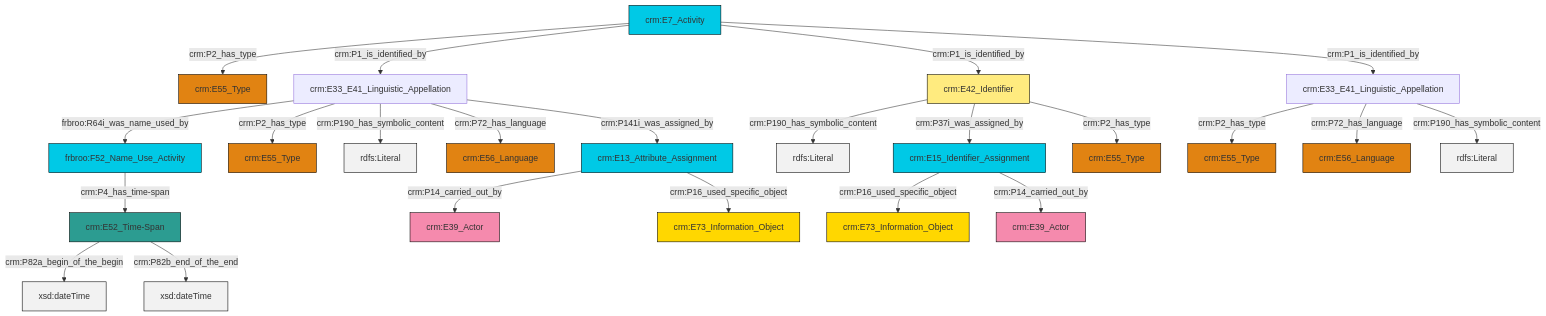
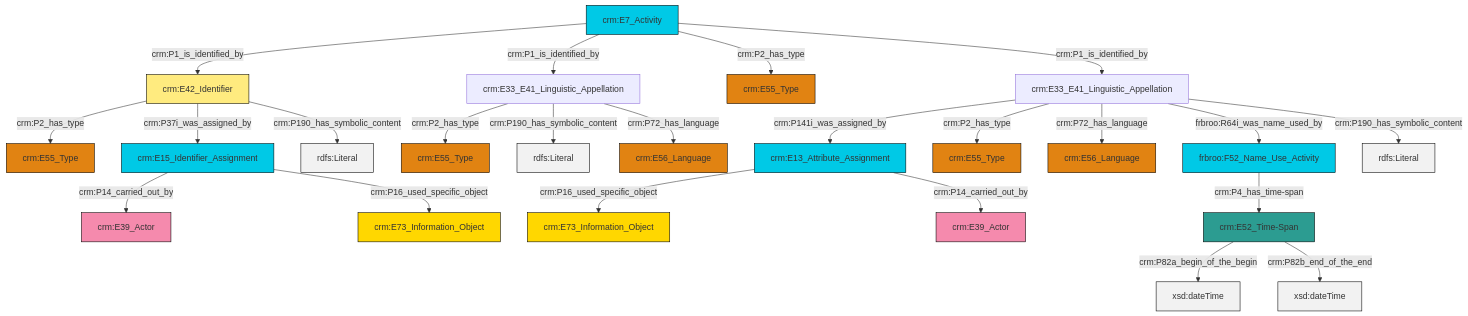
The diagram in et/eventCSV/ttl/mmd/event_name.ttl.mmd (swiss-art-research-net/reference-data-models), drawn with Mermaid before and after one commit. The commit also changed 148 other files, not shown here.

```diff
--- a/et/eventCSV/ttl/mmd/event_name.ttl.mmd
+++ b/et/eventCSV/ttl/mmd/event_name.ttl.mmd
@@ -1,37 +1,37 @@
 graph TD
 classDef Literal fill:#f2f2f2,stroke:#000000;
 classDef CRM_Entity fill:#FFFFFF,stroke:#000000;
 classDef Temporal_Entity fill:#00C9E6, stroke:#000000;
 classDef Type fill:#E18312, stroke:#000000;
 classDef Time-Span fill:#2C9C91, stroke:#000000;
 classDef Appellation fill:#FFEB7F, stroke:#000000;
 classDef Place fill:#008836, stroke:#000000;
 classDef Persistent_Item fill:#B266B2, stroke:#000000;
 classDef Conceptual_Object fill:#FFD700, stroke:#000000;
 classDef Physical_Thing fill:#D2B48C, stroke:#000000;
 classDef Actor fill:#f58aad, stroke:#000000;
 classDef PC_Classes fill:#4ce600, stroke:#000000;
 classDef Multi fill:#cccccc,stroke:#000000;
 
-0["crm:E7_Activity"]:::Temporal_Entity -->|crm:P2_has_type| 1["crm:E55_Type"]:::Type
-2["crm:E33_E41_Linguistic_Appellation"]:::Default -->|frbroo:R64i_was_name_used_by| 3["frbroo:F52_Name_Use_Activity"]:::Temporal_Entity
-2["crm:E33_E41_Linguistic_Appellation"]:::Default -->|crm:P2_has_type| 4["crm:E55_Type"]:::Type
-5["crm:E13_Attribute_Assignment"]:::Temporal_Entity -->|crm:P14_carried_out_by| 7["crm:E39_Actor"]:::Actor
-0["crm:E7_Activity"]:::Temporal_Entity -->|crm:P1_is_identified_by| 2["crm:E33_E41_Linguistic_Appellation"]:::Default
-8["crm:E15_Identifier_Assignment"]:::Temporal_Entity -->|crm:P16_used_specific_object| 9["crm:E73_Information_Object"]:::Conceptual_Object
-2["crm:E33_E41_Linguistic_Appellation"]:::Default -->|crm:P190_has_symbolic_content| 10[rdfs:Literal]:::Literal
-11["crm:E42_Identifier"]:::Appellation -->|crm:P190_has_symbolic_content| 12[rdfs:Literal]:::Literal
-11["crm:E42_Identifier"]:::Appellation -->|crm:P37i_was_assigned_by| 8["crm:E15_Identifier_Assignment"]:::Temporal_Entity
-11["crm:E42_Identifier"]:::Appellation -->|crm:P2_has_type| 17["crm:E55_Type"]:::Type
-0["crm:E7_Activity"]:::Temporal_Entity -->|crm:P1_is_identified_by| 11["crm:E42_Identifier"]:::Appellation
-24["crm:E33_E41_Linguistic_Appellation"]:::Default -->|crm:P2_has_type| 25["crm:E55_Type"]:::Type
-8["crm:E15_Identifier_Assignment"]:::Temporal_Entity -->|crm:P14_carried_out_by| 15["crm:E39_Actor"]:::Actor
-5["crm:E13_Attribute_Assignment"]:::Temporal_Entity -->|crm:P16_used_specific_object| 18["crm:E73_Information_Object"]:::Conceptual_Object
-24["crm:E33_E41_Linguistic_Appellation"]:::Default -->|crm:P72_has_language| 28["crm:E56_Language"]:::Type
-31["crm:E52_Time-Span"]:::Time-Span -->|crm:P82a_begin_of_the_begin| 34[xsd:dateTime]:::Literal
-3["frbroo:F52_Name_Use_Activity"]:::Temporal_Entity -->|crm:P4_has_time-span| 31["crm:E52_Time-Span"]:::Time-Span
-2["crm:E33_E41_Linguistic_Appellation"]:::Default -->|crm:P72_has_language| 21["crm:E56_Language"]:::Type
-24["crm:E33_E41_Linguistic_Appellation"]:::Default -->|crm:P190_has_symbolic_content| 35[rdfs:Literal]:::Literal
-0["crm:E7_Activity"]:::Temporal_Entity -->|crm:P1_is_identified_by| 24["crm:E33_E41_Linguistic_Appellation"]:::Default
-31["crm:E52_Time-Span"]:::Time-Span -->|crm:P82b_end_of_the_end| 41[xsd:dateTime]:::Literal
-2["crm:E33_E41_Linguistic_Appellation"]:::Default -->|crm:P141i_was_assigned_by| 5["crm:E13_Attribute_Assignment"]:::Temporal_Entity
+8["crm:E7_Activity"]:::Temporal_Entity -->|crm:P1_is_identified_by| 9["crm:E42_Identifier"]:::Appellation
+10["crm:E33_E41_Linguistic_Appellation"]:::Default -->|crm:P141i_was_assigned_by| 11["crm:E13_Attribute_Assignment"]:::Temporal_Entity
+11["crm:E13_Attribute_Assignment"]:::Temporal_Entity -->|crm:P16_used_specific_object| 12["crm:E73_Information_Object"]:::Conceptual_Object
+14["crm:E15_Identifier_Assignment"]:::Temporal_Entity -->|crm:P14_carried_out_by| 15["crm:E39_Actor"]:::Actor
+10["crm:E33_E41_Linguistic_Appellation"]:::Default -->|crm:P2_has_type| 6["crm:E55_Type"]:::Type
+9["crm:E42_Identifier"]:::Appellation -->|crm:P2_has_type| 2["crm:E55_Type"]:::Type
+16["crm:E33_E41_Linguistic_Appellation"]:::Default -->|crm:P2_has_type| 17["crm:E55_Type"]:::Type
+10["crm:E33_E41_Linguistic_Appellation"]:::Default -->|crm:P72_has_language| 4["crm:E56_Language"]:::Type
+8["crm:E7_Activity"]:::Temporal_Entity -->|crm:P1_is_identified_by| 16["crm:E33_E41_Linguistic_Appellation"]:::Default
+8["crm:E7_Activity"]:::Temporal_Entity -->|crm:P2_has_type| 19["crm:E55_Type"]:::Type
+14["crm:E15_Identifier_Assignment"]:::Temporal_Entity -->|crm:P16_used_specific_object| 20["crm:E73_Information_Object"]:::Conceptual_Object
+21["crm:E52_Time-Span"]:::Time-Span -->|crm:P82a_begin_of_the_begin| 22[xsd:dateTime]:::Literal
+9["crm:E42_Identifier"]:::Appellation -->|crm:P37i_was_assigned_by| 14["crm:E15_Identifier_Assignment"]:::Temporal_Entity
+10["crm:E33_E41_Linguistic_Appellation"]:::Default -->|frbroo:R64i_was_name_used_by| 26["frbroo:F52_Name_Use_Activity"]:::Temporal_Entity
+8["crm:E7_Activity"]:::Temporal_Entity -->|crm:P1_is_identified_by| 10["crm:E33_E41_Linguistic_Appellation"]:::Default
+9["crm:E42_Identifier"]:::Appellation -->|crm:P190_has_symbolic_content| 30[rdfs:Literal]:::Literal
+16["crm:E33_E41_Linguistic_Appellation"]:::Default -->|crm:P190_has_symbolic_content| 31[rdfs:Literal]:::Literal
+16["crm:E33_E41_Linguistic_Appellation"]:::Default -->|crm:P72_has_language| 34["crm:E56_Language"]:::Type
+26["frbroo:F52_Name_Use_Activity"]:::Temporal_Entity -->|crm:P4_has_time-span| 21["crm:E52_Time-Span"]:::Time-Span
+11["crm:E13_Attribute_Assignment"]:::Temporal_Entity -->|crm:P14_carried_out_by| 0["crm:E39_Actor"]:::Actor
+21["crm:E52_Time-Span"]:::Time-Span -->|crm:P82b_end_of_the_end| 40[xsd:dateTime]:::Literal
+10["crm:E33_E41_Linguistic_Appellation"]:::Default -->|crm:P190_has_symbolic_content| 41[rdfs:Literal]:::Literal
```
